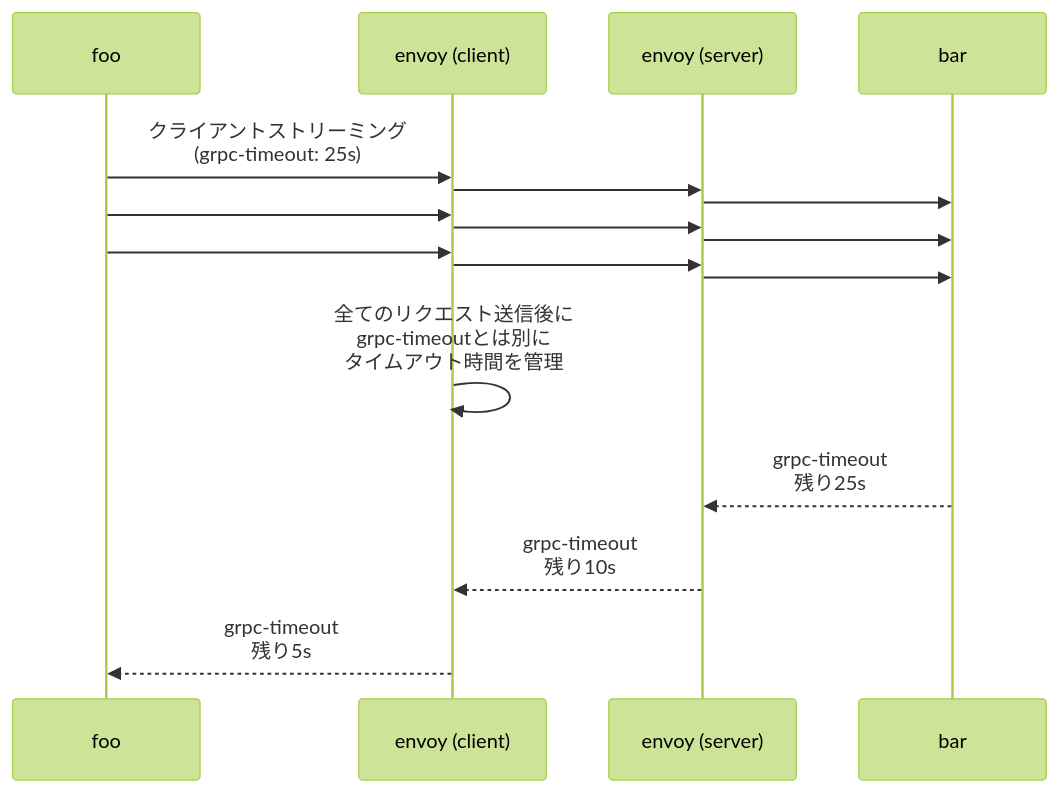
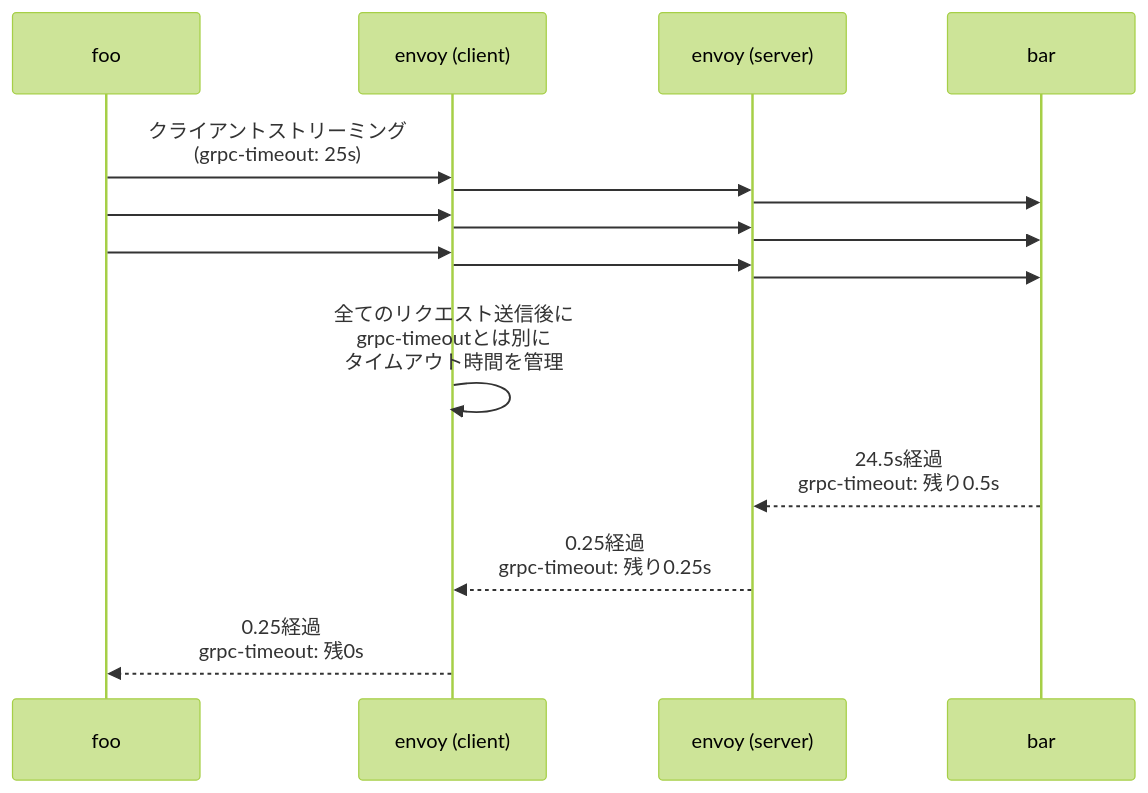
Before and after one commit to hiroki-it/tech-notebook: the first of 2 diagrams in docs/software/software_middleware_service_mesh_envoy_envoy_yaml.md, drawn with Mermaid (forest theme). The commit also changed other lines of this file and 1 other file, not shown here.

Commit message:
update ノートを更新した。

````diff
--- a/docs/software/software_middleware_service_mesh_envoy_envoy_yaml.md
+++ b/docs/software/software_middleware_service_mesh_envoy_envoy_yaml.md
@@ -553,23 +555,23 @@
 ```mermaid
 sequenceDiagram
 
     foo->>envoy (client): クライアントストリーミング<br>(grpc-timeout: 25s)
     envoy (client)->>envoy (server): 
     envoy (server)->>bar: 
 
     foo->>envoy (client): 
     envoy (client)->>envoy (server): 
     envoy (server)->>bar: 
 
     foo->>envoy (client): 
     envoy (client)->>envoy (server): 
     envoy (server)->>bar: 
 
     envoy (client)->>envoy (client): 全てのリクエスト送信後に<br>grpc-timeoutとは別に<br>タイムアウト時間を管理
 
-    bar-->>envoy (server): grpc-timeout<br>残り25s
+    bar-->>envoy (server): 24.5s経過<br>grpc-timeout: 残り0.5s
 
-    envoy (server)-->>envoy (client): grpc-timeout<br>残り10s
+    envoy (server)-->>envoy (client): 0.25経過<br>grpc-timeout: 残り0.25s
 
-    envoy (client)-->>foo: grpc-timeout<br>残り5s
+    envoy (client)-->>foo: 0.25経過<br>grpc-timeout: 残0s
 ```
````
